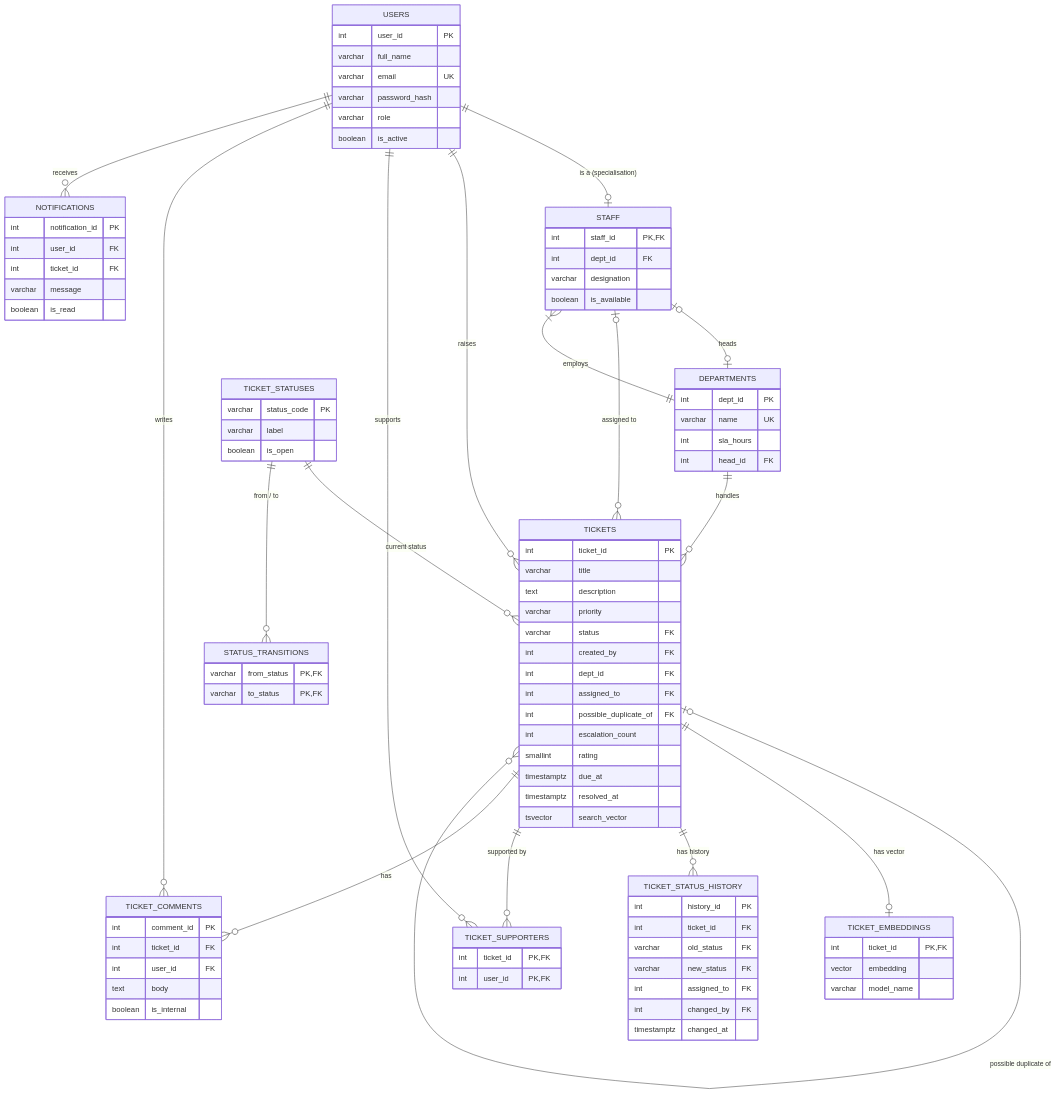
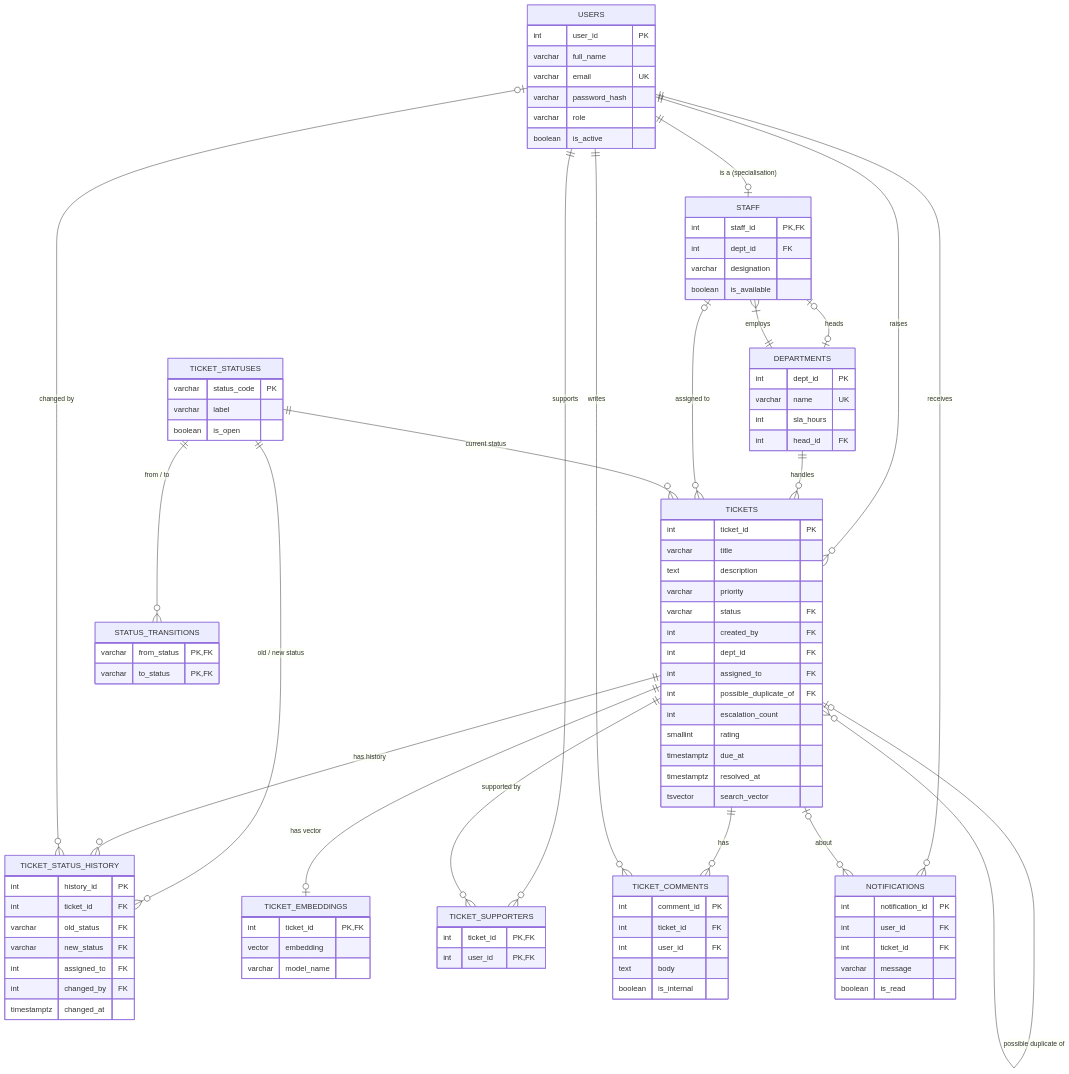
The second of 3 diagrams in docs/DESIGN.md (Sidhant-holla/smart-grievance-redressal-system), drawn with Mermaid before and after one commit. The commit also changed other lines of this file and 16 other files, not shown here.

```diff
--- a/docs/DESIGN.md
+++ b/docs/DESIGN.md
@@ -74,6 +74,7 @@
     TICKETS |o--o{ TICKETS : "possible duplicate of"
     TICKET_STATUSES ||--o{ TICKETS : "current status"
     TICKET_STATUSES ||--o{ STATUS_TRANSITIONS : "from / to"
+    TICKET_STATUSES ||--o{ TICKET_STATUS_HISTORY : "old / new status"
     TICKETS ||--o| TICKET_EMBEDDINGS : "has vector"
     TICKETS ||--o{ TICKET_STATUS_HISTORY : "has history"
     USERS ||--o{ TICKET_SUPPORTERS : supports
@@ -81,6 +82,8 @@
     TICKETS ||--o{ TICKET_COMMENTS : has
     USERS ||--o{ TICKET_COMMENTS : writes
     USERS ||--o{ NOTIFICATIONS : receives
+    TICKETS |o--o{ NOTIFICATIONS : about
+    USERS |o--o{ TICKET_STATUS_HISTORY : "changed by"
 
     USERS {
         int user_id PK
```
